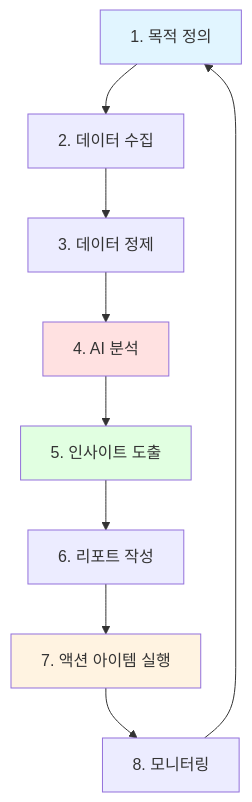
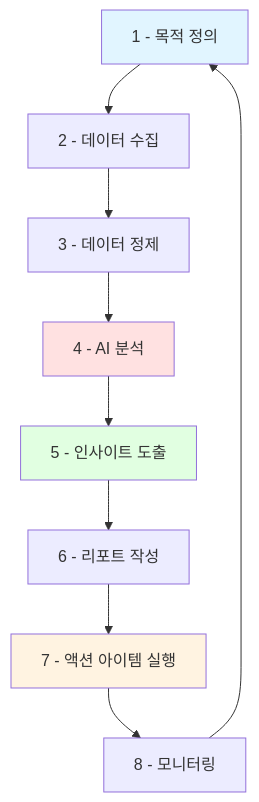
The fourth of 4 diagrams in _md/genai-notion/chapter05/05-1.md (nugurejeil/weniVooks), drawn with Mermaid before and after one commit. The commit also changed 10 other files, not shown here.

````diff
--- a/_md/genai-notion/chapter05/05-1.md
+++ b/_md/genai-notion/chapter05/05-1.md
@@ -525,16 +525,16 @@
 ```mermaid
 graph TD
-    A[1. 목적 정의] --> B[2. 데이터 수집]
-    B --> C[3. 데이터 정제]
-    C --> D[4. AI 분석]
-    D --> E[5. 인사이트 도출]
-    E --> F[6. 리포트 작성]
-    F --> G[7. 액션 아이템 실행]
-    G --> H[8. 모니터링]
+    A[1 - 목적 정의] --> B[2 - 데이터 수집]
+    B --> C[3 - 데이터 정제]
+    C --> D[4 - AI 분석]
+    D --> E[5 - 인사이트 도출]
+    E --> F[6 - 리포트 작성]
+    F --> G[7 - 액션 아이템 실행]
+    G --> H[8 - 모니터링]
     H --> A
 
     style A fill:#e1f5ff
     style D fill:#ffe1e1
     style E fill:#e1ffe1
     style G fill:#fff3e1
 ```
````
